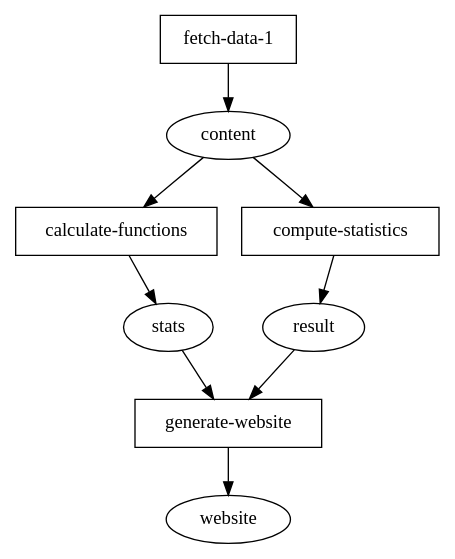
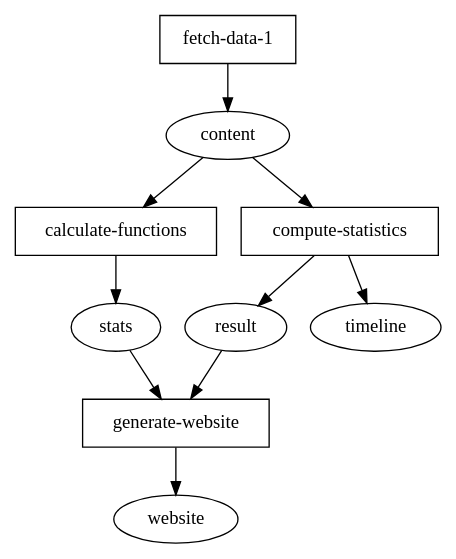
Before and after one commit to NetworkGraphs/pipeline-visualization: the diagram in cache/dependencies.dot, drawn with Graphviz. The commit also changed 17 other files, not shown here.

Commit message:
added dummy timeline

```diff
--- a/cache/dependencies.dot
+++ b/cache/dependencies.dot
@@ -1,18 +1,20 @@
 digraph G {
     A [label="fetch-data-1", class="job", shape="box"];
     B [label="content", class="artifact", shape="ellipse"];
     C [label="calculate-functions", class="job", shape="box"];
     D [label="stats", class="artifact", shape="ellipse"];
     E [label="compute-statistics", class="job", shape="box"];
     F [label="result", class="artifact", shape="ellipse"];
-    G [label="generate-website", class="job", shape="box"];
-    H [label="website", class="artifact", shape="ellipse"];
+    G [label="timeline", class="artifact", shape="ellipse"];
+    H [label="generate-website", class="job", shape="box"];
+    I [label="website", class="artifact", shape="ellipse"];
     A -> B;
     B -> C;
     C -> D;
     B -> E;
     E -> F;
-    D -> G;
-    F -> G;
-    G -> H;
+    E -> G;
+    D -> H;
+    F -> H;
+    H -> I;
 }
```
